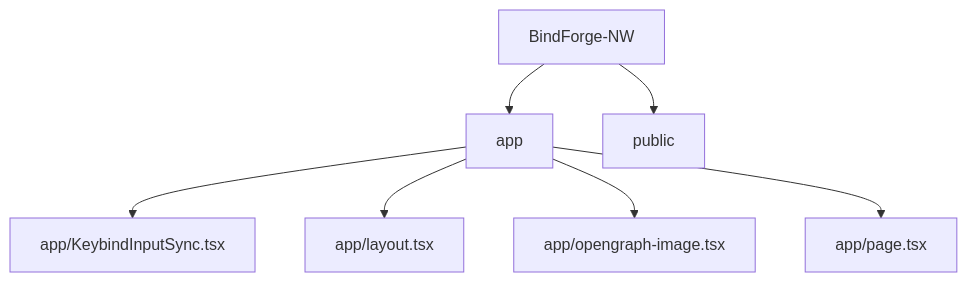
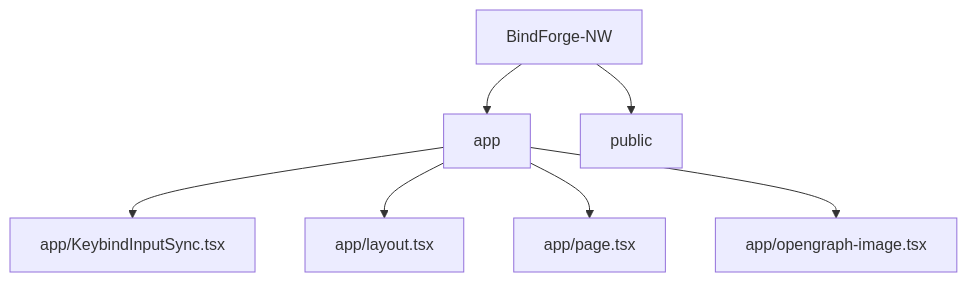
Before and after one commit to Nischhalsubba/BindForge-NW: the second of 5 diagrams in README.md, drawn with Mermaid. The commit also changed other lines of this file, not shown here.

````diff
--- a/README.md
+++ b/README.md
@@ -49,10 +83,10 @@
 ```mermaid
 flowchart TD
     APP["BindForge-NW"]
     APP --> R0["app"]
     APP --> R1["public"]
     R0 --> F0["app/KeybindInputSync.tsx"]
     R0 --> F1["app/layout.tsx"]
-    R0 --> F2["app/opengraph-image.tsx"]
-    R0 --> F3["app/page.tsx"]
+    R0 --> F2["app/page.tsx"]
+    R0 --> F3["app/opengraph-image.tsx"]
 ```
````
